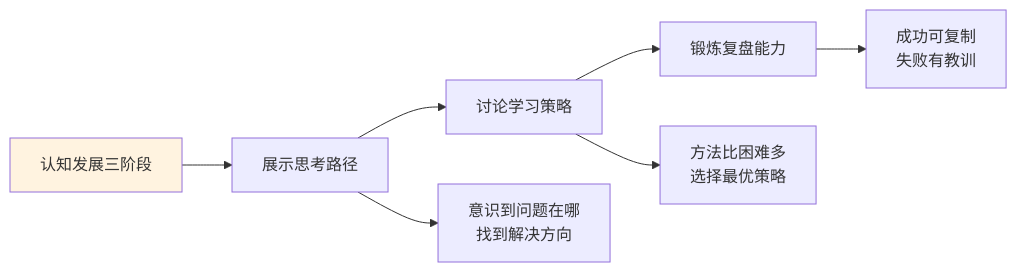
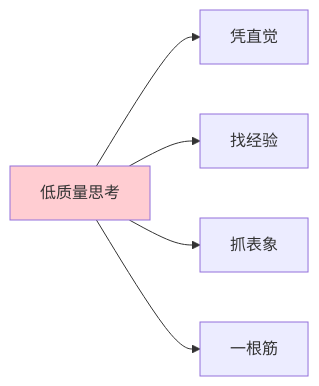
The second of 7 diagrams in 10.打工充平常记录/10.自我精进七课/07.底层思维的训练/7.6思考能力的提升.md (chongyang211/YCBookBlog), drawn with Mermaid before and after one commit. The commit also changed other lines of this file and 55 other files, not shown here.

````diff
--- a/10.打工充平常记录/10.自我精进七课/07.底层思维的训练/7.6思考能力的提升.md
+++ b/10.打工充平常记录/10.自我精进七课/07.底层思维的训练/7.6思考能力的提升.md
@@ -54,10 +73,8 @@
 ```mermaid
 graph LR
-    A[认知发展三阶段] --> B[展示思考路径]
-    B --> C[讨论学习策略]
-    C --> D[锻炼复盘能力]
-    B --> B1[意识到问题在哪<br>找到解决方向]
-    C --> C1[方法比困难多<br>选择最优策略]
-    D --> D1[成功可复制<br>失败有教训]
-    style A fill:#fff3e0
+    A[低质量思考] --> B[凭直觉]
+    A --> C[找经验]
+    A --> D[抓表象]
+    A --> E[一根筋]
+    style A fill:#ffcdd2
 ```
````
